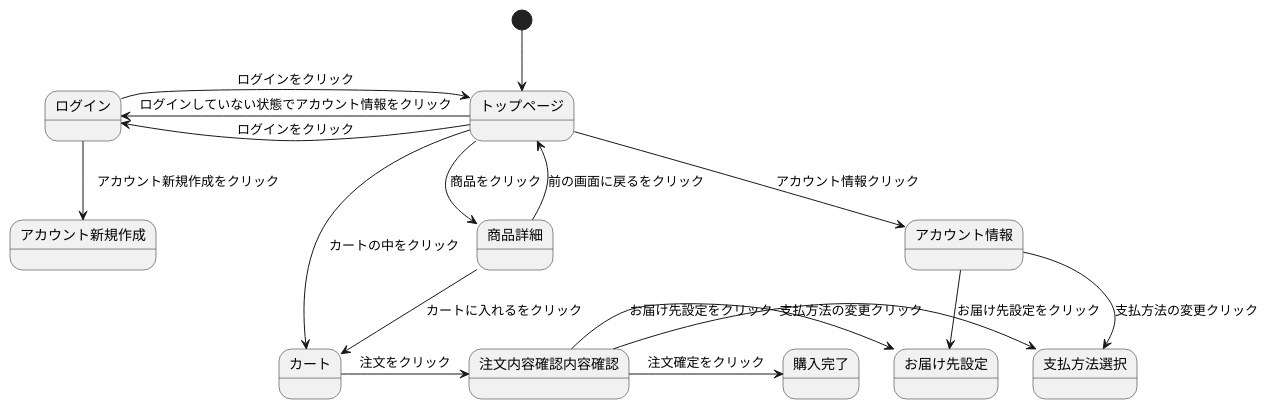
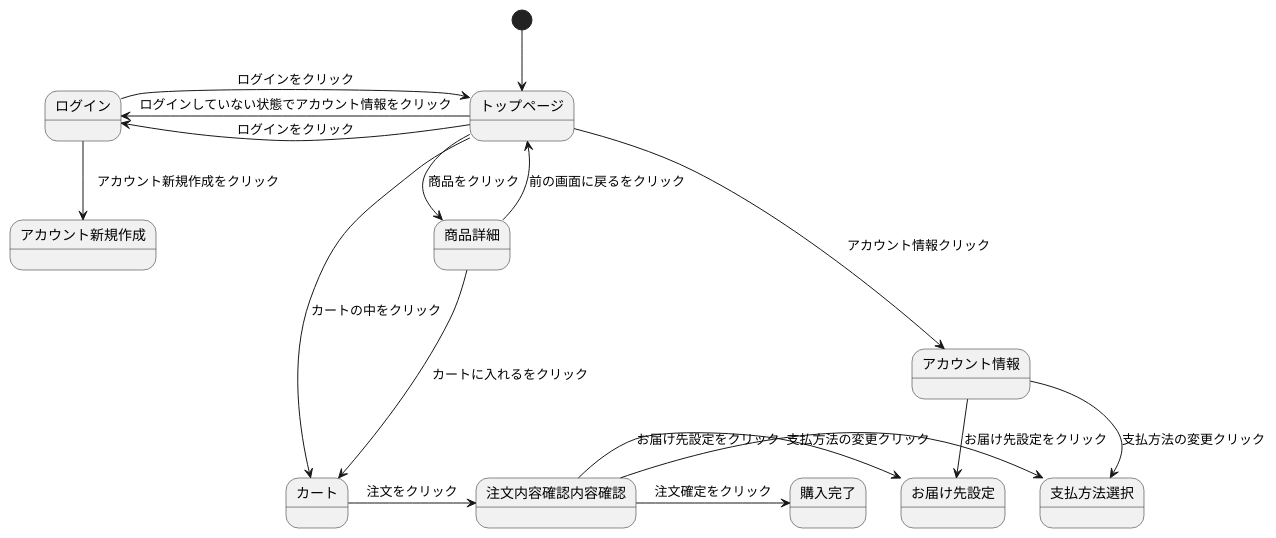
The diagram in sumple_01.md (Aso2001133/2021sys-design), drawn with PlantUML before and after one commit.

````diff
--- a/sumple_01.md
+++ b/sumple_01.md
@@ -1,35 +1,35 @@
 ```uml
 @startuml
 [*] --> トップページ 
 
 トップページ -right-> アカウント情報 : アカウント情報クリック 
 
 トップページ -left-> ログイン : ログインをクリック
 
 トップページ -left-> ログイン : ログインしていない状態でアカウント情報をクリック
 
 トップページ --> 商品詳細 : 商品をクリック 
 
-トップページ ---> カート : カートの中をクリック 
+トップページ ----> カート : カートの中をクリック 
 
 ログイン -> トップページ : ログインをクリック
 
 ログイン --> アカウント新規作成 :　アカウント新規作成をクリック
 
 アカウント情報 --> お届け先設定 : お届け先設定をクリック 
 
 アカウント情報 --> 支払方法選択 : 支払方法の変更クリック
 
 商品詳細 --> カート : カートに入れるをクリック 
 
 商品詳細 --> トップページ : 前の画面に戻るをクリック 
 
 カート -> 注文内容確認内容確認 : 注文をクリック 
 
 注文内容確認内容確認 -> お届け先設定 : お届け先設定をクリック 
 
 注文内容確認内容確認 -> 支払方法選択 : 支払方法の変更クリック
 
 注文内容確認内容確認 -> 購入完了 : 注文確定をクリック 
 @enduml
 ```
````
